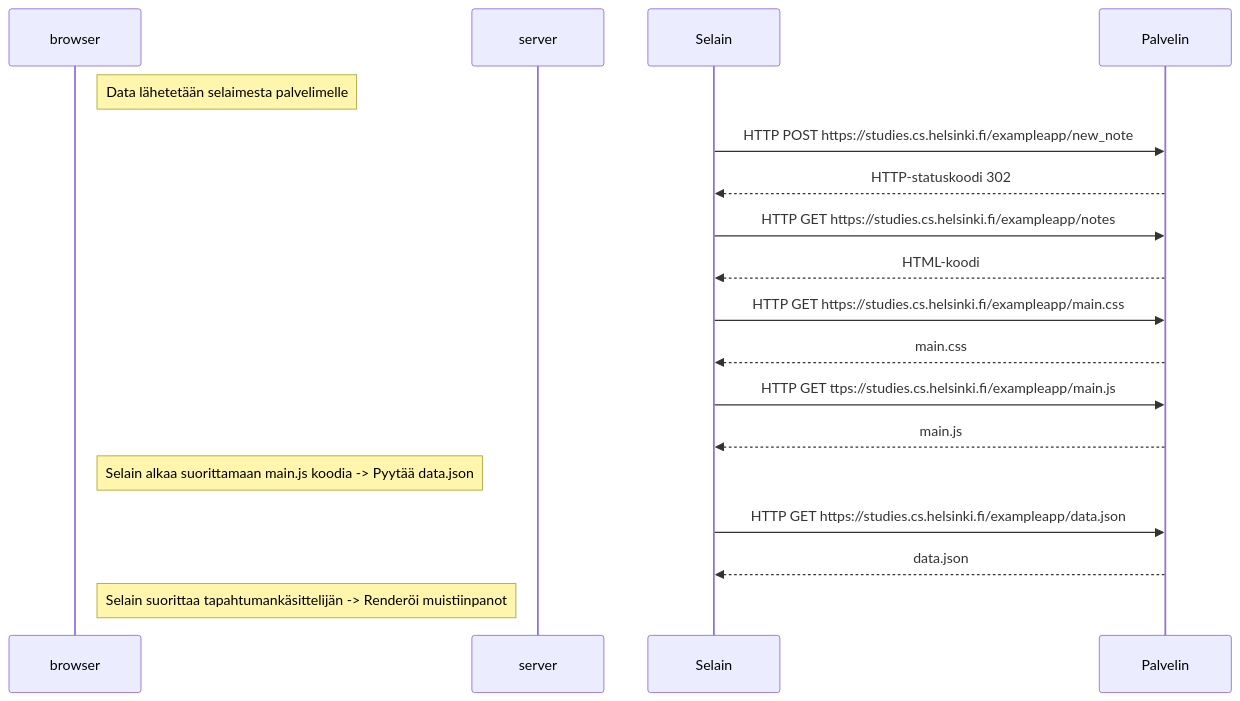
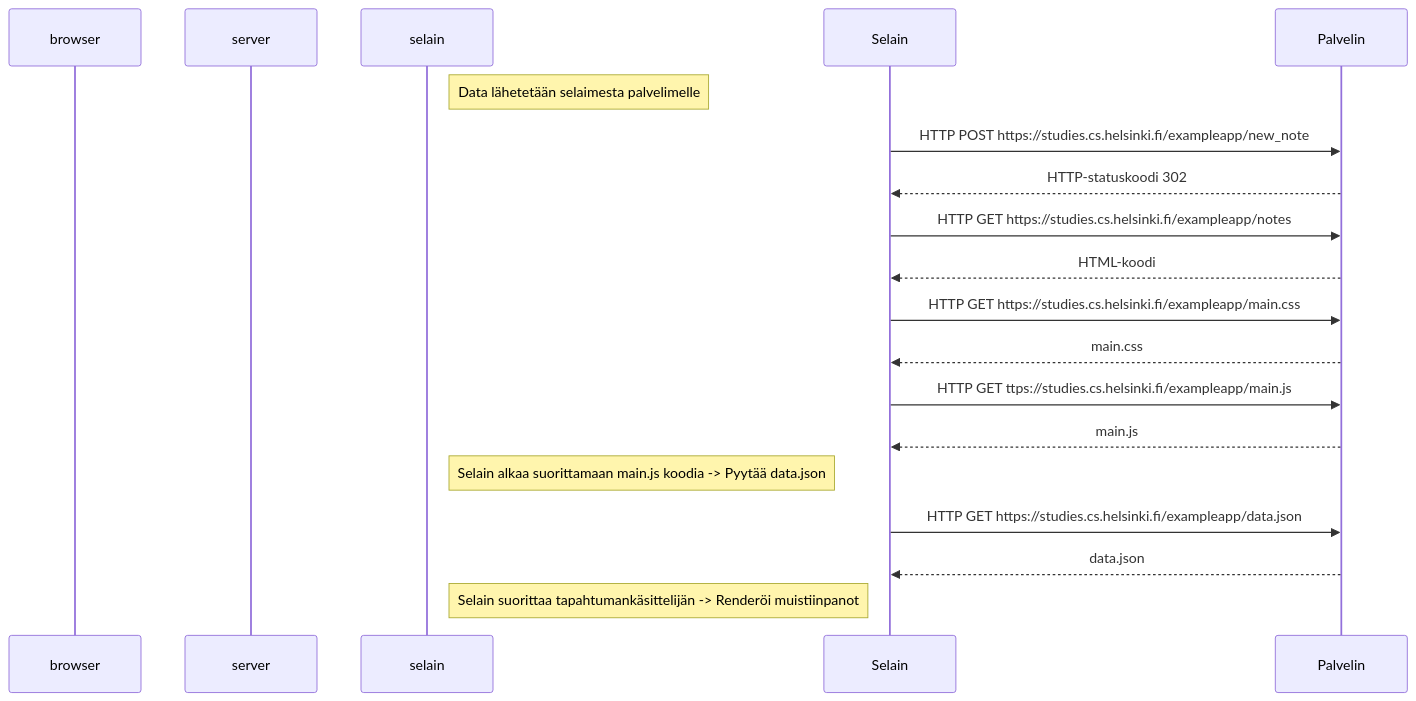
One commit to JuusoKil/osa0 changed the diagram in 04_uusi_muistiinpano.md. Above: the diagram before and after it, drawn with Mermaid.

````diff
--- a/04_uusi_muistiinpano.md
+++ b/04_uusi_muistiinpano.md
@@ -1,33 +1,33 @@
 ```mermaid
 
 sequenceDiagram
     participant browser
     participant server
     
-Note right of browser: Data lähetetään selaimesta palvelimelle
+Note right of selain: Data lähetetään selaimesta palvelimelle
 
 Selain->>Palvelin: HTTP POST https://studies.cs.helsinki.fi/exampleapp/new_note;
 
 Palvelin-->>Selain: HTTP-statuskoodi 302;
 
 Selain->>Palvelin: HTTP GET https://studies.cs.helsinki.fi/exampleapp/notes;
 
 Palvelin-->>Selain: HTML-koodi;
 
 Selain->>Palvelin: HTTP GET https://studies.cs.helsinki.fi/exampleapp/main.css;
 
 Palvelin-->>Selain: main.css;
 
 Selain->>Palvelin: HTTP GET ttps://studies.cs.helsinki.fi/exampleapp/main.js;
 
 Palvelin-->>Selain: main.js;
 
-Note right of browser: Selain alkaa suorittamaan main.js koodia -> Pyytää data.json
+Note right of selain: Selain alkaa suorittamaan main.js koodia -> Pyytää data.json
 
 Selain->>Palvelin: HTTP GET https://studies.cs.helsinki.fi/exampleapp/data.json;
 
 Palvelin-->>Selain: data.json;
 
-Note right of browser: Selain suorittaa tapahtumankäsittelijän -> Renderöi muistiinpanot
+Note right of selain: Selain suorittaa tapahtumankäsittelijän -> Renderöi muistiinpanot
 
 ```
````
